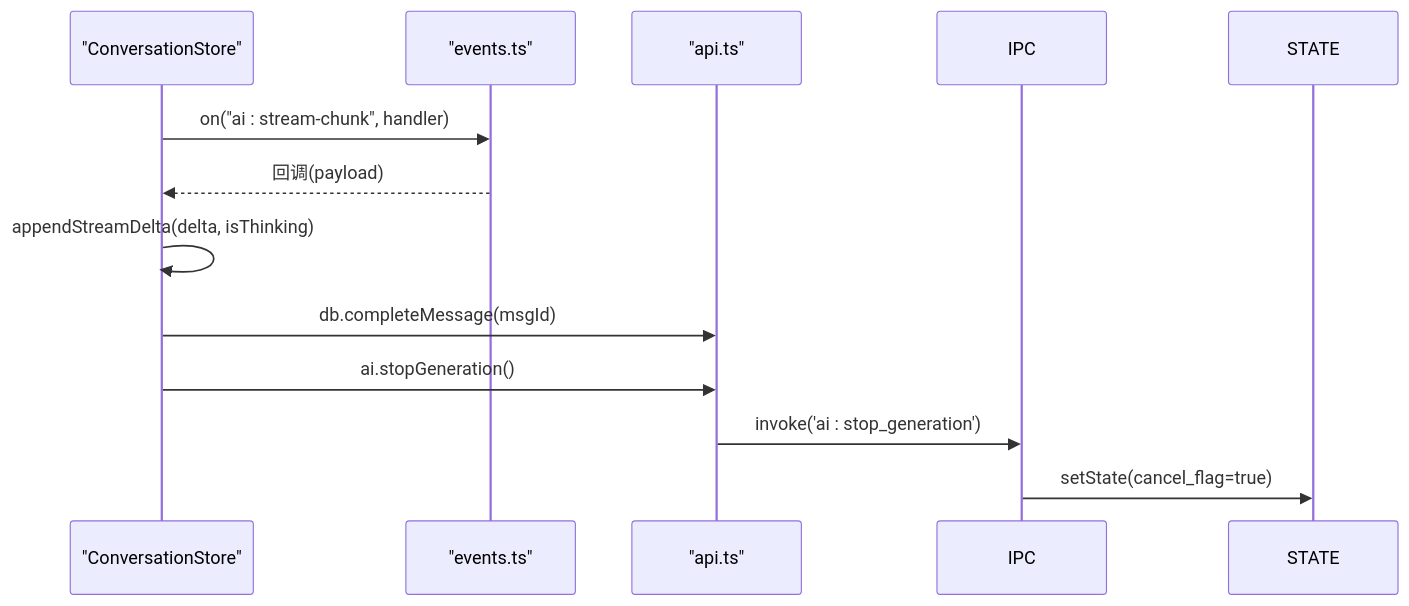
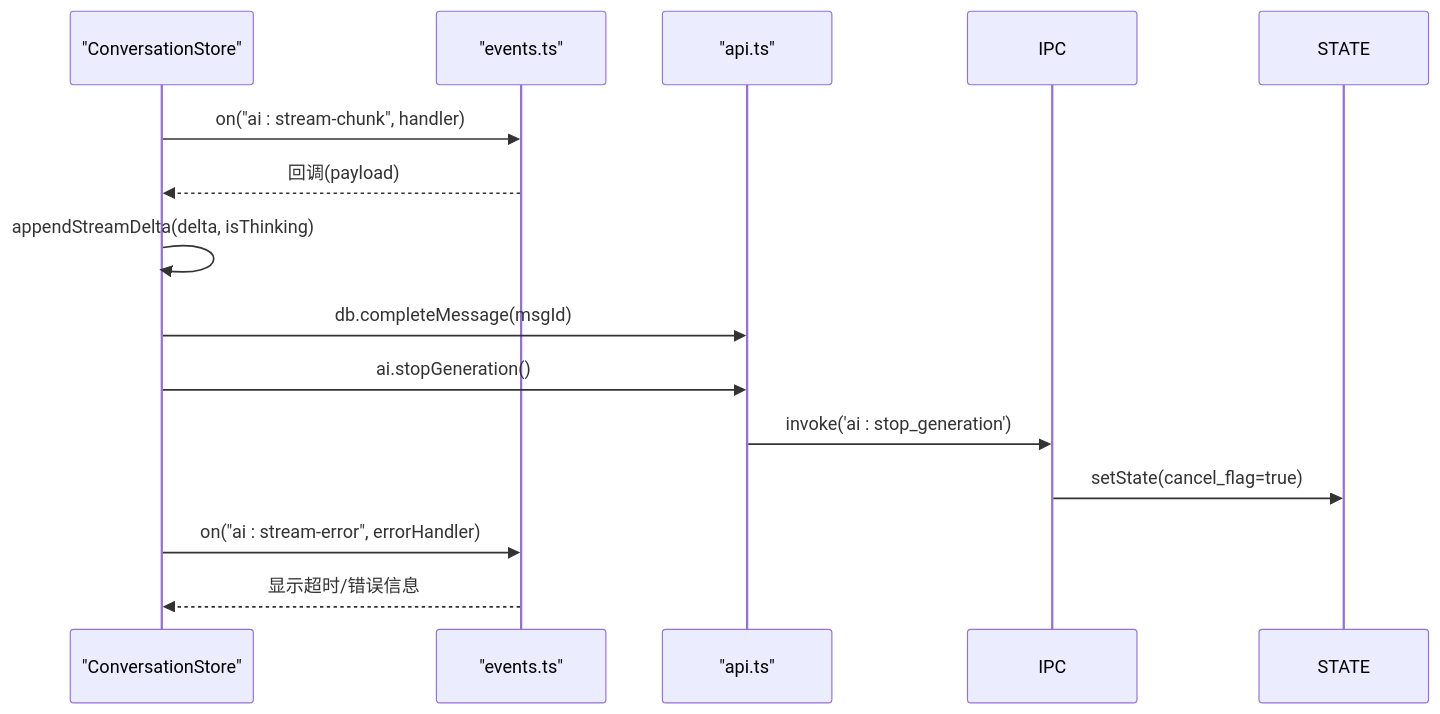
The eighth of 9 diagrams in .qoder/repowiki/zh/content/AI 代理系统/流式对话机制.md (baike08/cosurf), drawn with Mermaid before and after one commit. The commit also changed other lines of this file and 23 other files, not shown here.

````diff
--- a/.qoder/repowiki/zh/content/AI 代理系统/流式对话机制.md
+++ b/.qoder/repowiki/zh/content/AI 代理系统/流式对话机制.md
@@ -309,13 +385,15 @@
 ```mermaid
 sequenceDiagram
 participant UI as "ConversationStore"
 participant EVT as "events.ts"
 participant API as "api.ts"
 UI->>EVT : on("ai : stream-chunk", handler)
 EVT-->>UI : 回调(payload)
 UI->>UI : appendStreamDelta(delta, isThinking)
 UI->>API : db.completeMessage(msgId)
 UI->>API : ai.stopGeneration()
 API->>IPC : invoke('ai : stop_generation')
 IPC->>STATE : setState(cancel_flag=true)
+UI->>EVT : on("ai : stream-error", errorHandler)
+EVT-->>UI : 显示超时/错误信息
 ```
````
